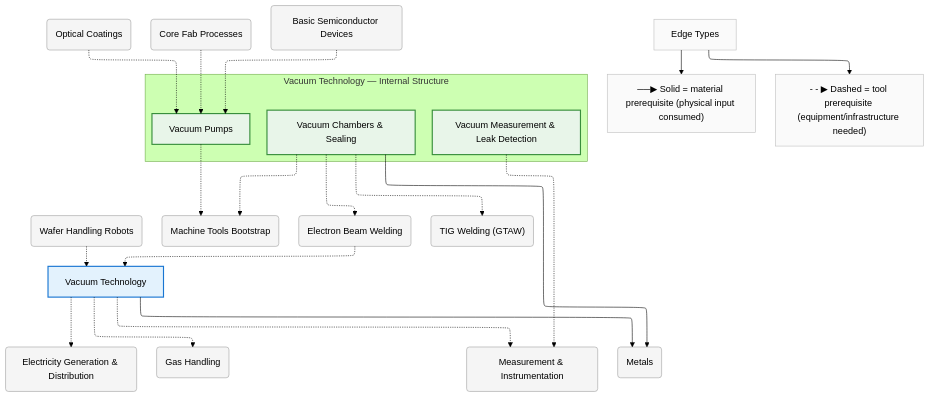
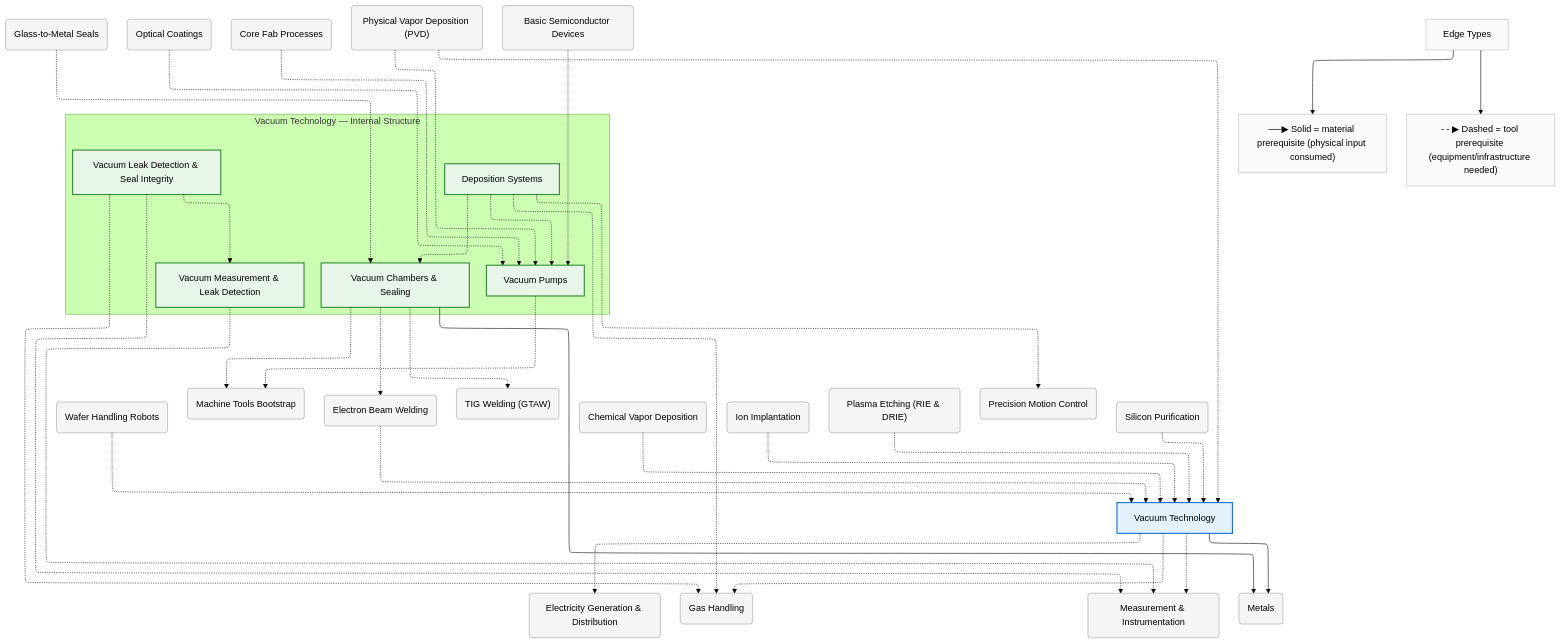
One commit to egofree/TechTree changed the diagram in diagrams/mermaid/vacuum.mmd. Above: the diagram before and after it, drawn with Mermaid (forest theme). The commit also changed 30 other files, not shown here.

First line of the commit message:
chore: regenerate diagrams after content expansion

```diff
--- a/diagrams/mermaid/vacuum.mmd
+++ b/diagrams/mermaid/vacuum.mmd
@@ -1,75 +1,107 @@
 %%{init: {"flowchart": {"defaultRenderer": "elk", "htmlLabels": true}}}%%
 graph TD
     %% Domain: Vacuum Technology
 
     %% ==================== INTERNAL NODES ====================
     subgraph vacuum_internal ["Vacuum Technology — Internal Structure"]
         direction TB
         vacuum_chambers["Vacuum Chambers & Sealing"]
+        vacuum_deposition-systems["Deposition Systems"]
+        vacuum_leak-detection["Vacuum Leak Detection & Seal Integrity"]
         vacuum_measurement["Vacuum Measurement & Leak Detection"]
         vacuum_pumps["Vacuum Pumps"]
     end
 
     %% ==================== DOMAIN NODE ====================
     vacuum["Vacuum Technology"]
 
     %% ==================== EXTERNAL DEPENDENCIES ====================
     automation_wafer-handling("Wafer Handling Robots")
     energy_electricity("Electricity Generation & Distribution")
     gas-handling("Gas Handling")
+    glass_glass-to-metal-seals("Glass-to-Metal Seals")
     machine-tools("Machine Tools Bootstrap")
     machine-tools_joining_electron-beam("Electron Beam Welding")
     machine-tools_joining_tig-welding("TIG Welding (GTAW)")
     measurement("Measurement & Instrumentation")
     metals("Metals")
     optics_inspection_optical-coatings("Optical Coatings")
+    photolithography_cvd("Chemical Vapor Deposition")
     photolithography_fab-processes("Core Fab Processes")
+    photolithography_fab-processes_pvd("Physical Vapor Deposition (PVD)")
+    photolithography_ion-implantation("Ion Implantation")
+    photolithography_plasma-etching("Plasma Etching (RIE & DRIE)")
+    precision-motion("Precision Motion Control")
     silicon_basic-devices("Basic Semiconductor Devices")
+    silicon_purification("Silicon Purification")
 
     %% ==================== EDGES ====================
+    vacuum_deposition-systems -.-> vacuum_chambers
+    vacuum_deposition-systems -.-> vacuum_pumps
+    vacuum_leak-detection -.-> vacuum_measurement
     automation_wafer-handling -.-> vacuum
+    glass_glass-to-metal-seals -.-> vacuum_chambers
     machine-tools_joining_electron-beam -.-> vacuum
     optics_inspection_optical-coatings -.-> vacuum_pumps
+    photolithography_cvd -.-> vacuum
+    photolithography_fab-processes_pvd -.-> vacuum_pumps
+    photolithography_fab-processes_pvd -.-> vacuum
     photolithography_fab-processes -.-> vacuum_pumps
+    photolithography_ion-implantation -.-> vacuum
+    photolithography_plasma-etching -.-> vacuum
     silicon_basic-devices -.-> vacuum_pumps
+    silicon_purification -.-> vacuum
     vacuum_chambers -.-> machine-tools_joining_electron-beam
     vacuum_chambers -.-> machine-tools_joining_tig-welding
     vacuum_chambers -.-> machine-tools
     vacuum_chambers --> metals
+    vacuum_deposition-systems -.-> gas-handling
+    vacuum_deposition-systems -.-> precision-motion
     vacuum_measurement -.-> measurement
     vacuum_pumps -.-> machine-tools
+    vacuum_leak-detection -.-> gas-handling
+    vacuum_leak-detection -.-> measurement
     vacuum -.-> energy_electricity
     vacuum -.-> gas-handling
     vacuum -.-> measurement
     vacuum --> metals
 
     %% ==================== EDGE TYPE LEGEND ====================
     EdgeLegend["Edge Types"]
     EdgeLegend --> MatNote["──▶ Solid = material prerequisite (physical input consumed)"]
     EdgeLegend --> ToolNote["- - ▶ Dashed = tool prerequisite (equipment/infrastructure needed)"]
 
     %% ==================== STYLING ====================
     classDef domain fill:#e3f2fd,stroke:#1976d2,stroke-width:2px
     classDef capability fill:#e8f5e9,stroke:#388e3c,stroke-width:2px
     classDef process fill:#fff3e0,stroke:#f57c00,stroke-width:2px
     classDef critical fill:#fff3e0,stroke:#f57c00,stroke-width:3px
     classDef earlyWin fill:#e8f5e9,stroke:#388e3c,stroke-width:3px
     classDef pinnacle fill:#fce4ec,stroke:#c62828,stroke-width:3px
     classDef external fill:#f5f5f5,stroke:#9e9e9e,stroke-width:1px
     classDef legend fill:#fafafa,stroke:#bdbdbd,stroke-width:1px
     class vacuum domain
     class vacuum_chambers capability
+    class vacuum_deposition-systems capability
+    class vacuum_leak-detection capability
     class vacuum_measurement capability
     class vacuum_pumps capability
     class automation_wafer-handling external
     class energy_electricity external
     class gas-handling external
+    class glass_glass-to-metal-seals external
     class machine-tools external
     class machine-tools_joining_electron-beam external
     class machine-tools_joining_tig-welding external
     class measurement external
     class metals external
     class optics_inspection_optical-coatings external
+    class photolithography_cvd external
     class photolithography_fab-processes external
+    class photolithography_fab-processes_pvd external
+    class photolithography_ion-implantation external
+    class photolithography_plasma-etching external
+    class precision-motion external
     class silicon_basic-devices external
+    class silicon_purification external
     class EdgeLegend,MatNote,ToolNote legend
```
